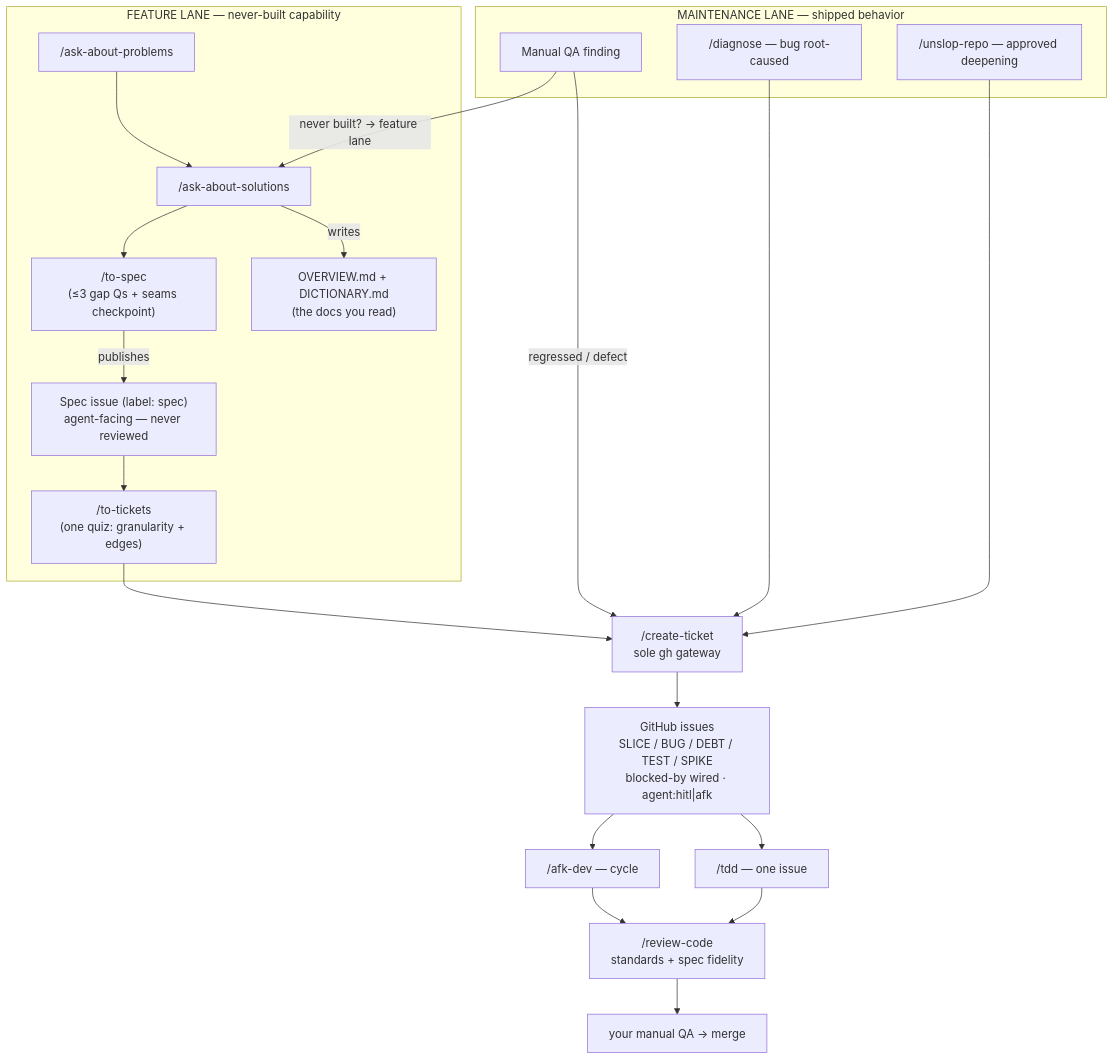
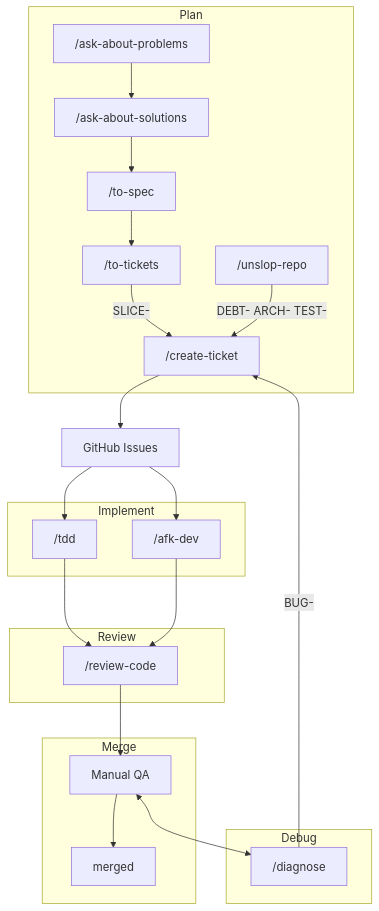
One commit to mskhmelik/agent-skills changed the diagram in skills/product/init-docs/templates/template-readme.md. Above: the diagram before and after it, drawn with Mermaid. The commit also changed other lines of this file and 1 other file, not shown here.

Commit message:
docs: redraw workflow mermaid by process stage, crossing-free (#13)
Reorganize the flow diagram (README + init-docs template) from lane-subgraphs
to process-stage subgraphs: Plan → Implement → Review → Debug → Merge.

- No intersecting lines: the BUG- feedback edge runs up the margin; the main
  spine stays clean (verified by rendering to PNG and inspecting).
- Dropped the dotted 'never built? → feature lane' cross-arrow and its prose;
  maintenance intake now just carries a ticket prefix (SLICE-/DEBT- ARCH-
  TEST-/BUG-) like every other edge.
- Debug (/diagnose) has a circular reference to Manual QA (qa <--> dg) showing
  the iterative debug loop; a diagnosed defect files BUG- back into Plan.
- Two-lane concept kept as one sentence (the two entry points into Plan), not
  a boxed subgraph.

Same diagram in README.md and template-readme.md (byte-identical); both render.

````diff
--- a/skills/product/init-docs/templates/template-readme.md
+++ b/skills/product/init-docs/templates/template-readme.md
@@ -18,29 +13,34 @@
 ```mermaid
-flowchart TD
-    subgraph FL ["FEATURE LANE — never-built capability"]
-        AAP["/ask-about-problems"] --> AAS["/ask-about-solutions"]
-        AAS -- writes --> OV["OVERVIEW.md + DICTIONARY.md<br/>(the docs you read)"]
-        AAS --> TS["/to-spec<br/>(≤3 gap Qs + seams checkpoint)"]
-        TS -- publishes --> SPEC["Spec issue (label: spec)<br/>agent-facing — never reviewed"]
-        SPEC --> TT["/to-tickets<br/>(one quiz: granularity + edges)"]
-    end
-
-    subgraph ML ["MAINTENANCE LANE — shipped behavior"]
-        QA["Manual QA finding"]
-        DG["/diagnose — bug root-caused"]
-        UR["/unslop-repo — approved deepening"]
-    end
-
-    QA -- "regressed / defect" --> CT
-    QA -- "never built? → feature lane" --> AAS
-    DG --> CT
-    UR --> CT
-    TT --> CT["/create-ticket<br/>sole gh gateway"]
-
-    CT --> ISS["GitHub issues<br/>SLICE / BUG / DEBT / TEST / SPIKE<br/>blocked-by wired · agent:hitl|afk"]
-    ISS --> TDD["/tdd — one issue"]
-    ISS --> AFK["/afk-dev — cycle"]
-    TDD --> RC["/review-code<br/>standards + spec fidelity"]
-    AFK --> RC
-    RC --> HM["your manual QA → merge"]
+flowchart TB
+  subgraph plan [Plan]
+    aap["/ask-about-problems"] --> aas["/ask-about-solutions"]
+    aas --> spec["/to-spec"]
+    spec --> tix["/to-tickets"]
+    unslop["/unslop-repo"]
+    ct["/create-ticket"]
+    tix -->|"SLICE-"| ct
+    unslop -->|"DEBT- ARCH- TEST-"| ct
+  end
+  issues["GitHub Issues"]
+  subgraph implement [Implement]
+    tdd["/tdd"]
+    afk["/afk-dev"]
+  end
+  subgraph review [Review]
+    rc["/review-code"]
+  end
+  subgraph debug [Debug]
+    dg["/diagnose"]
+  end
+  subgraph merge [Merge]
+    qa["Manual QA"] --> mg["merged"]
+  end
+  ct --> issues
+  issues --> tdd
+  issues --> afk
+  tdd --> rc
+  afk --> rc
+  rc --> qa
+  qa <--> dg
+  dg -->|"BUG-"| ct
 ```
````
